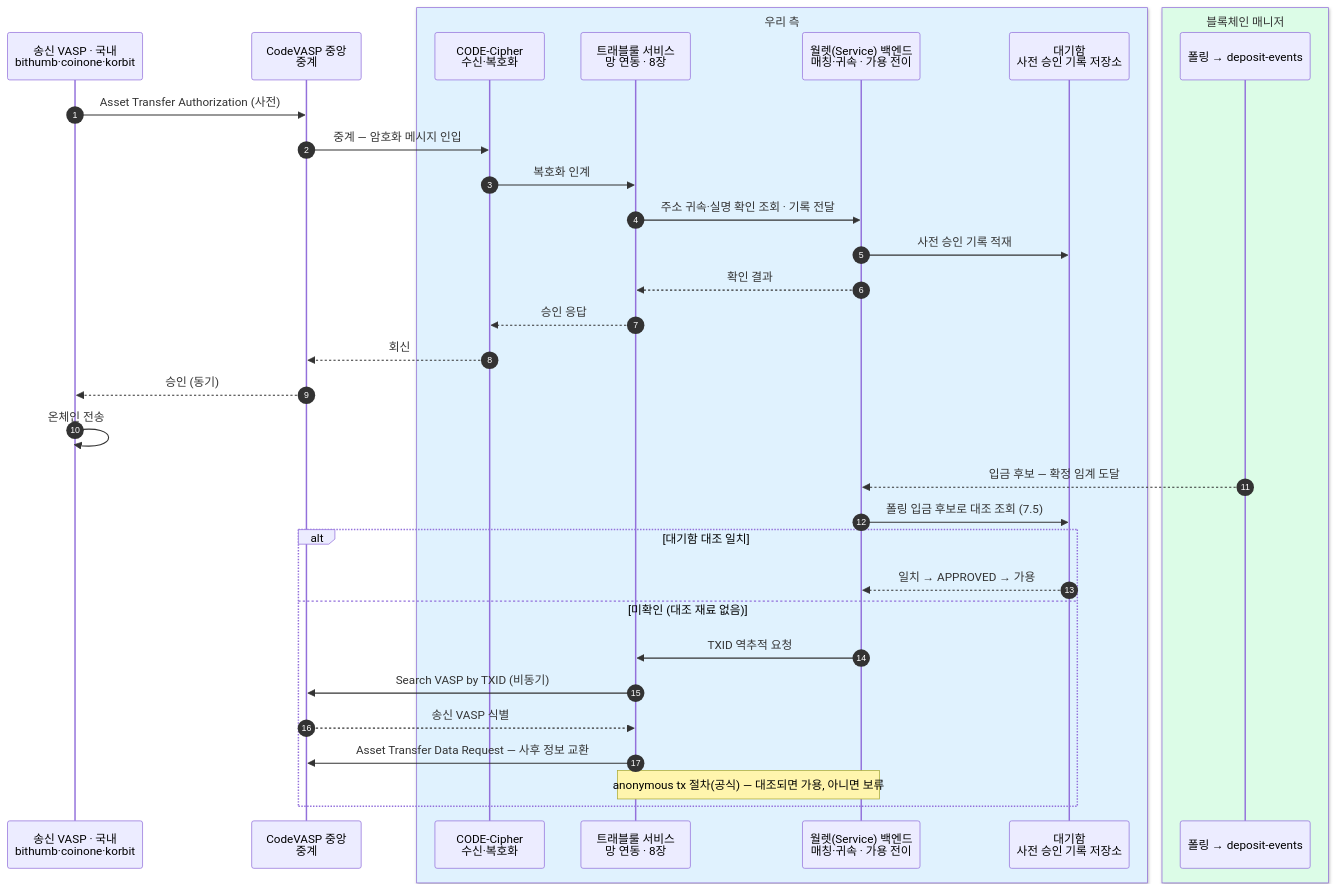
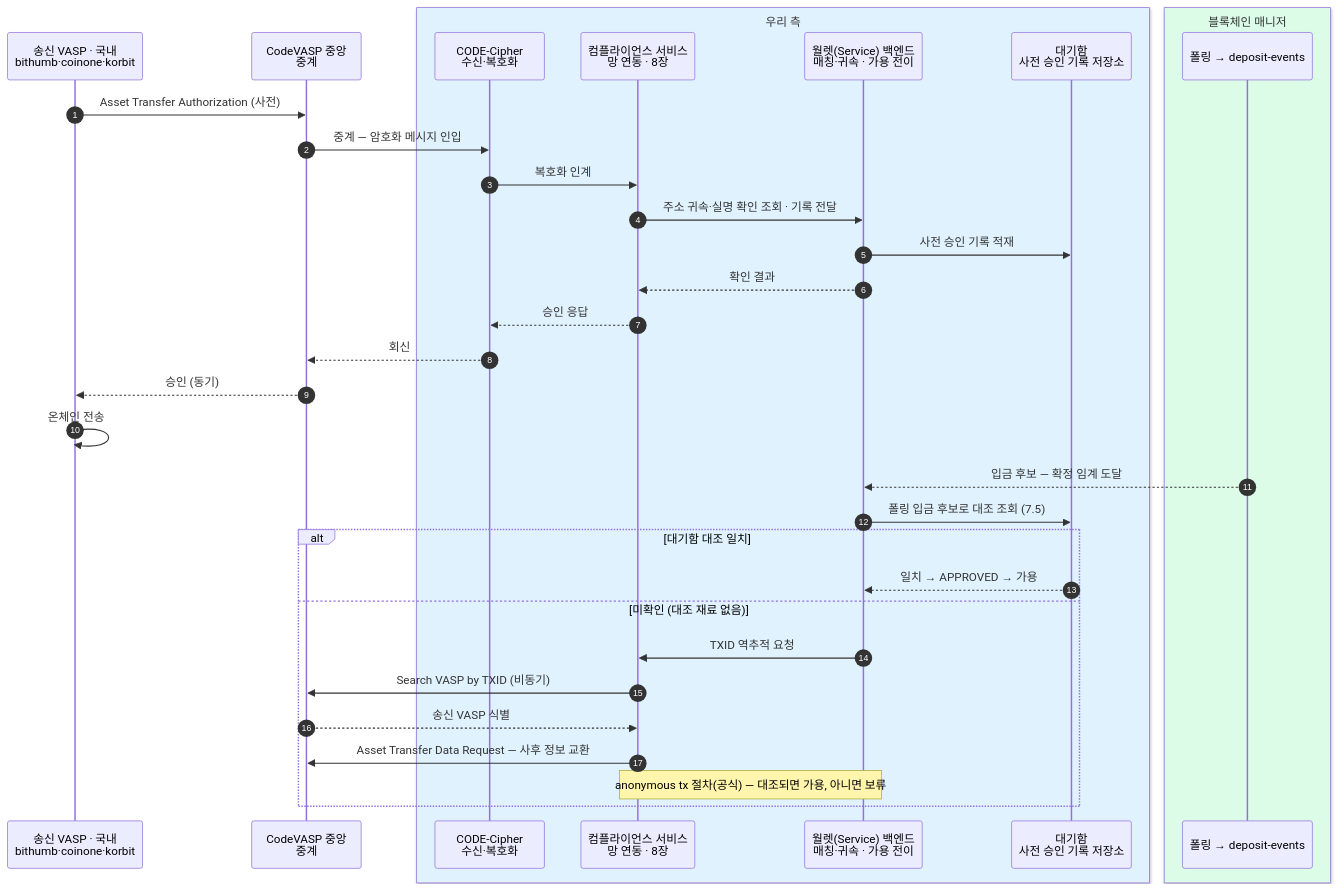
One commit to eunsujeo/eunpus changed diagram 11 of 11 in blockchain-manager/docs/트래블룰/설계/07-scenarios.md. Above: the diagram before and after it, drawn with Mermaid. The commit also changed other lines of this file and 20 other files, not shown here.

Commit message:
컴플라이언스 서비스 문서 신설(범위·인터페이스·API 정본) + 트래블룰 문서 개명·validate/full 통일 + 문서 사이드바 메서드 배지

````diff
--- a/blockchain-manager/docs/트래블룰/설계/07-scenarios.md
+++ b/blockchain-manager/docs/트래블룰/설계/07-scenarios.md
@@ -457,37 +463,37 @@
 ```mermaid
 sequenceDiagram
     autonumber
     participant SV as 송신 VASP · 국내<br/>bithumb·coinone·korbit
     participant CV as CodeVASP 중앙<br/>중계
     box rgb(224,242,254) 우리 측
     participant CC as CODE-Cipher<br/>수신·복호화
-    participant TR as 트래블룰 서비스<br/>망 연동 · 8장
+    participant TR as 컴플라이언스 서비스<br/>망 연동 · 8장
     participant BE as 월렛(Service) 백엔드<br/>매칭·귀속 · 가용 전이
     participant WQ as 대기함<br/>사전 승인 기록 저장소
     end
     box rgb(220,252,231) 블록체인 매니저
     participant BM as 폴링 → deposit-events
     end
 
     SV->>CV: Asset Transfer Authorization (사전)
     CV->>CC: 중계 — 암호화 메시지 인입
     CC->>TR: 복호화 인계
     TR->>BE: 주소 귀속·실명 확인 조회 · 기록 전달
     BE->>WQ: 사전 승인 기록 적재
     BE-->>TR: 확인 결과
     TR-->>CC: 승인 응답
     CC-->>CV: 회신
     CV-->>SV: 승인 (동기)
     SV->>SV: 온체인 전송
     BM-->>BE: 입금 후보 — 확정 임계 도달
     BE->>WQ: 폴링 입금 후보로 대조 조회 (7.5)
     alt 대기함 대조 일치
         WQ-->>BE: 일치 → APPROVED → 가용
     else 미확인 (대조 재료 없음)
         BE->>TR: TXID 역추적 요청
         TR->>CV: Search VASP by TXID (비동기)
         CV-->>TR: 송신 VASP 식별
         TR->>CV: Asset Transfer Data Request — 사후 정보 교환
         Note over TR,BE: anonymous tx 절차(공식) — 대조되면 가용, 아니면 보류
     end
 ```
````
